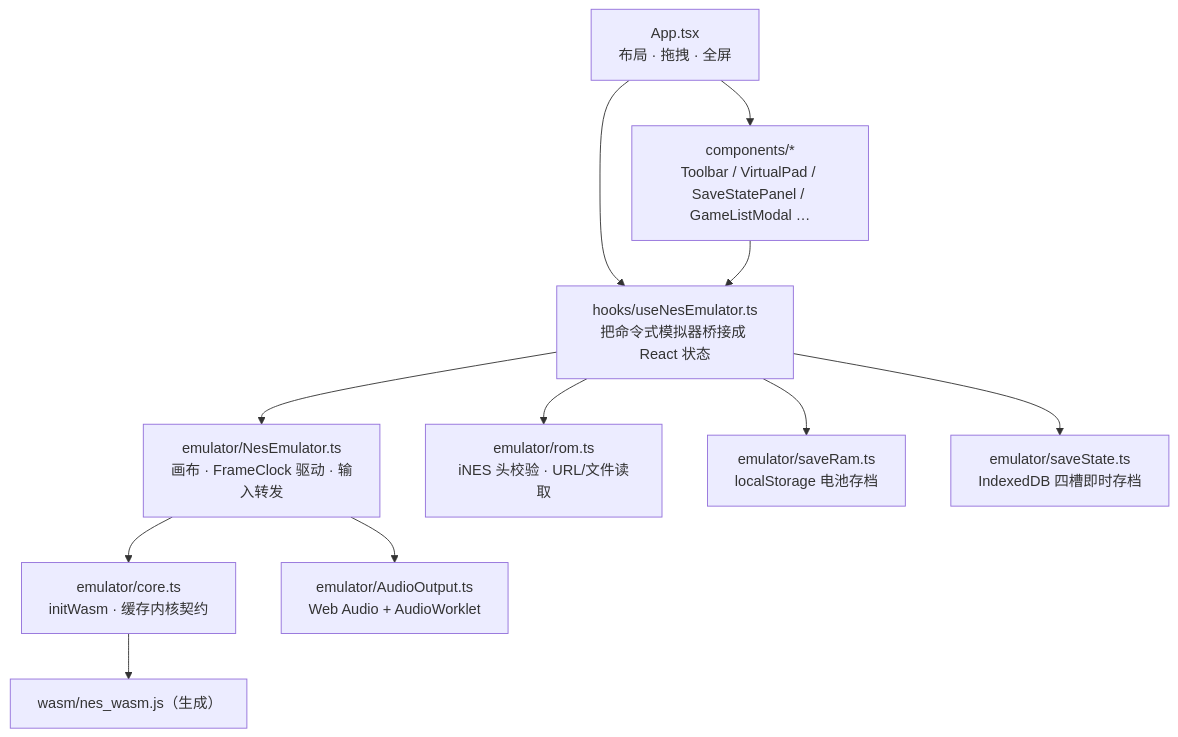
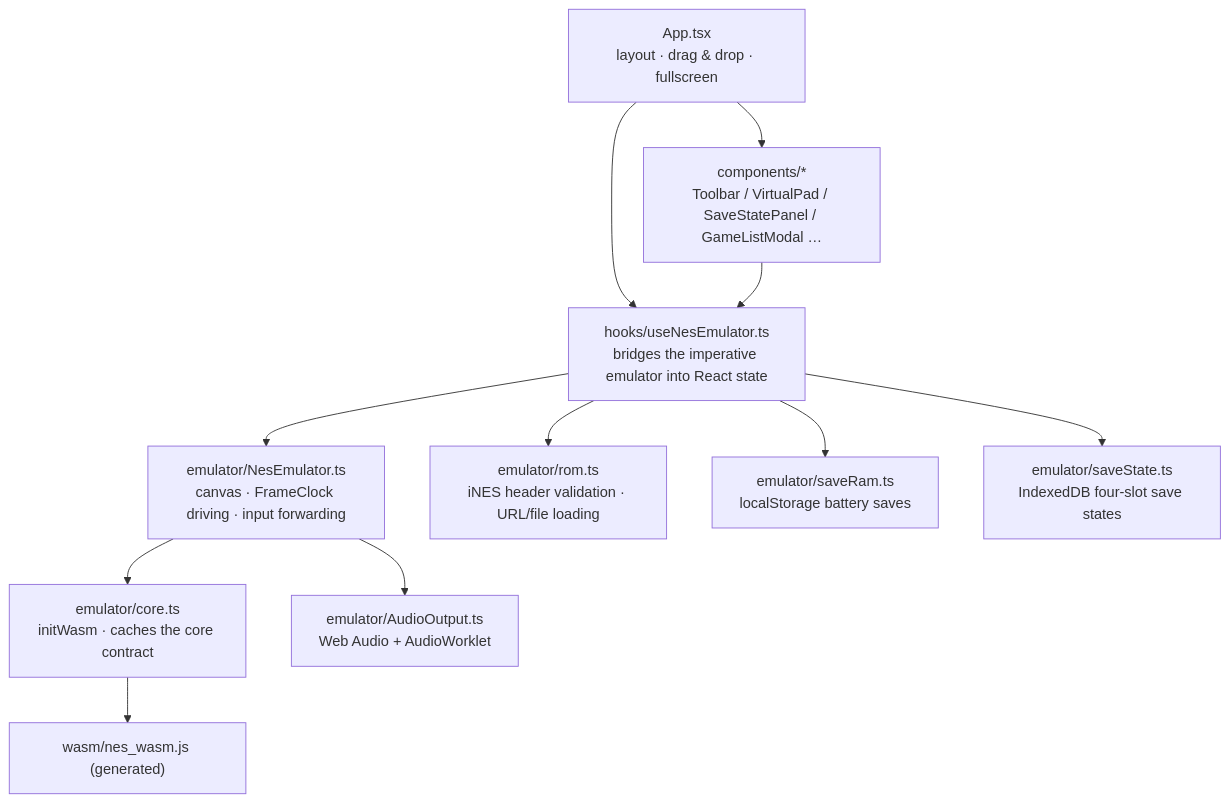
One commit to YufJi/nes-emulator changed diagram 12 of 13 in docs/architecture.md. Above: the diagram before and after it, drawn with Mermaid. The commit also changed other lines of this file and 8 other files, not shown here.

````diff
--- a/docs/architecture.md
+++ b/docs/architecture.md
@@ -634,24 +694,24 @@
 ```mermaid
 flowchart TB
-    App["App.tsx<br/>布局 · 拖拽 · 全屏"]
-    Hook["hooks/useNesEmulator.ts<br/>把命令式模拟器桥接成 React 状态"]
-    Core["emulator/core.ts<br/>initWasm · 缓存内核契约"]
-    Emu["emulator/NesEmulator.ts<br/>画布 · FrameClock 驱动 · 输入转发"]
+    App["App.tsx<br/>layout · drag & drop · fullscreen"]
+    Hook["hooks/useNesEmulator.ts<br/>bridges the imperative emulator into React state"]
+    Core["emulator/core.ts<br/>initWasm · caches the core contract"]
+    Emu["emulator/NesEmulator.ts<br/>canvas · FrameClock driving · input forwarding"]
     Audio["emulator/AudioOutput.ts<br/>Web Audio + AudioWorklet"]
-    Rom["emulator/rom.ts<br/>iNES 头校验 · URL/文件读取"]
-    SaveRam["emulator/saveRam.ts<br/>localStorage 电池存档"]
-    SaveState["emulator/saveState.ts<br/>IndexedDB 四槽即时存档"]
-    Wasm["wasm/nes_wasm.js（生成）"]
+    Rom["emulator/rom.ts<br/>iNES header validation · URL/file loading"]
+    SaveRam["emulator/saveRam.ts<br/>localStorage battery saves"]
+    SaveState["emulator/saveState.ts<br/>IndexedDB four-slot save states"]
+    Wasm["wasm/nes_wasm.js (generated)"]
     UI["components/*<br/>Toolbar / VirtualPad / SaveStatePanel / GameListModal …"]
 
     App --> Hook
     Hook --> Emu
     Hook --> Rom
     Hook --> SaveRam
     Hook --> SaveState
     Emu --> Core
     Emu --> Audio
     Core --> Wasm
     App --> UI
     UI --> Hook
 ```
````
